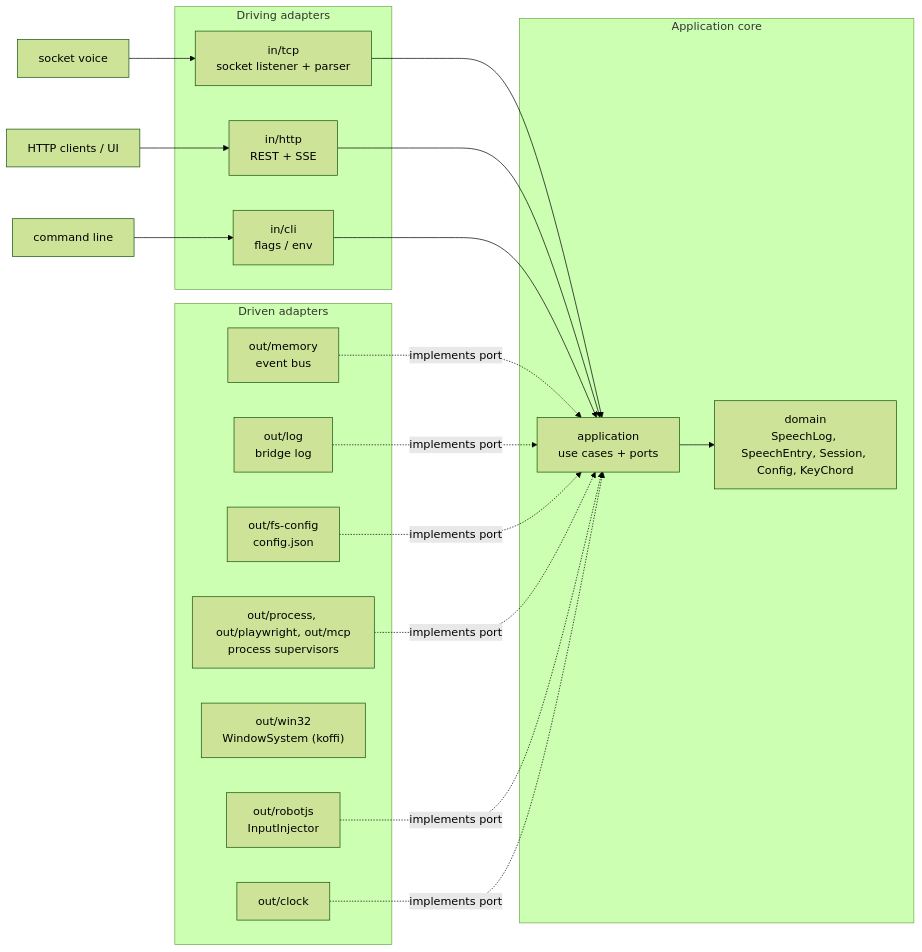
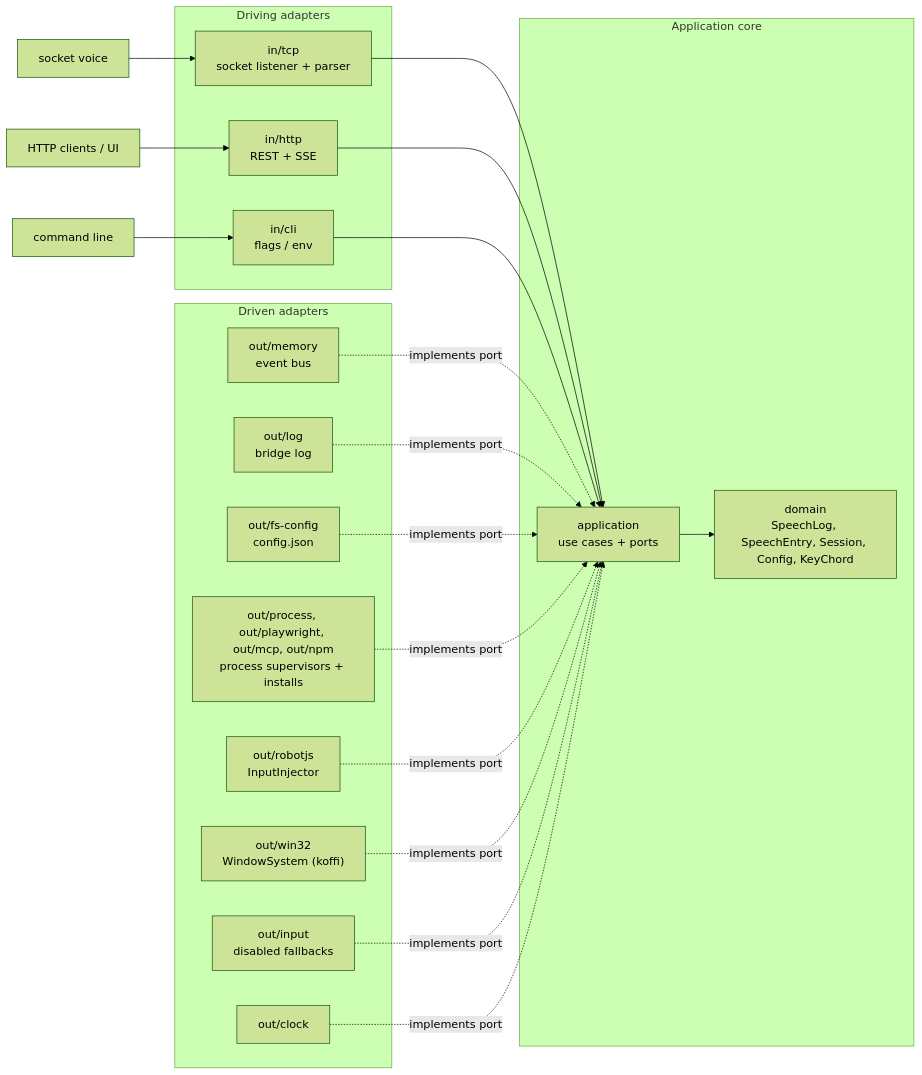
Before and after one commit to TimoSto/screenreader-speech-capture: the diagram in docs/implementation/architecture.md, drawn with Mermaid (forest theme). The commit also changed other lines of this file and 7 other files, not shown here.

````diff
--- a/docs/implementation/architecture.md
+++ b/docs/implementation/architecture.md
@@ -27,39 +27,42 @@
 ```mermaid
 flowchart LR
     subgraph IN["Driving adapters"]
         TCP["in/tcp<br/>socket listener + parser"]
         HTTP["in/http<br/>REST + SSE"]
         CLI["in/cli<br/>flags / env"]
     end
 
     subgraph CORE["Application core"]
         APP["application<br/>use cases + ports"]
         DOM["domain<br/>SpeechLog, SpeechEntry, Session, Config, KeyChord"]
         APP --> DOM
     end
 
     subgraph OUT["Driven adapters"]
         MEM["out/memory<br/>event bus"]
         CFG["out/fs-config<br/>config.json"]
-        SUP["out/process, out/playwright, out/mcp<br/>process supervisors"]
+        SUP["out/process, out/playwright, out/mcp, out/npm<br/>process supervisors + installs"]
         ROBOT["out/robotjs<br/>InputInjector"]
         WIN["out/win32<br/>WindowSystem (koffi)"]
+        OFF["out/input<br/>disabled fallbacks"]
         LOG["out/log<br/>bridge log"]
         CLK["out/clock"]
     end
 
     Voice["socket voice"] --> TCP
     Client["HTTP clients / UI"] --> HTTP
     User["command line"] --> CLI
 
     TCP --> APP
     HTTP --> APP
     CLI --> APP
 
     MEM -. implements port .-> APP
     LOG -. implements port .-> APP
     CFG -. implements port .-> APP
     SUP -. implements port .-> APP
     ROBOT -. implements port .-> APP
+    WIN -. implements port .-> APP
+    OFF -. implements port .-> APP
     CLK -. implements port .-> APP
 ```
````
